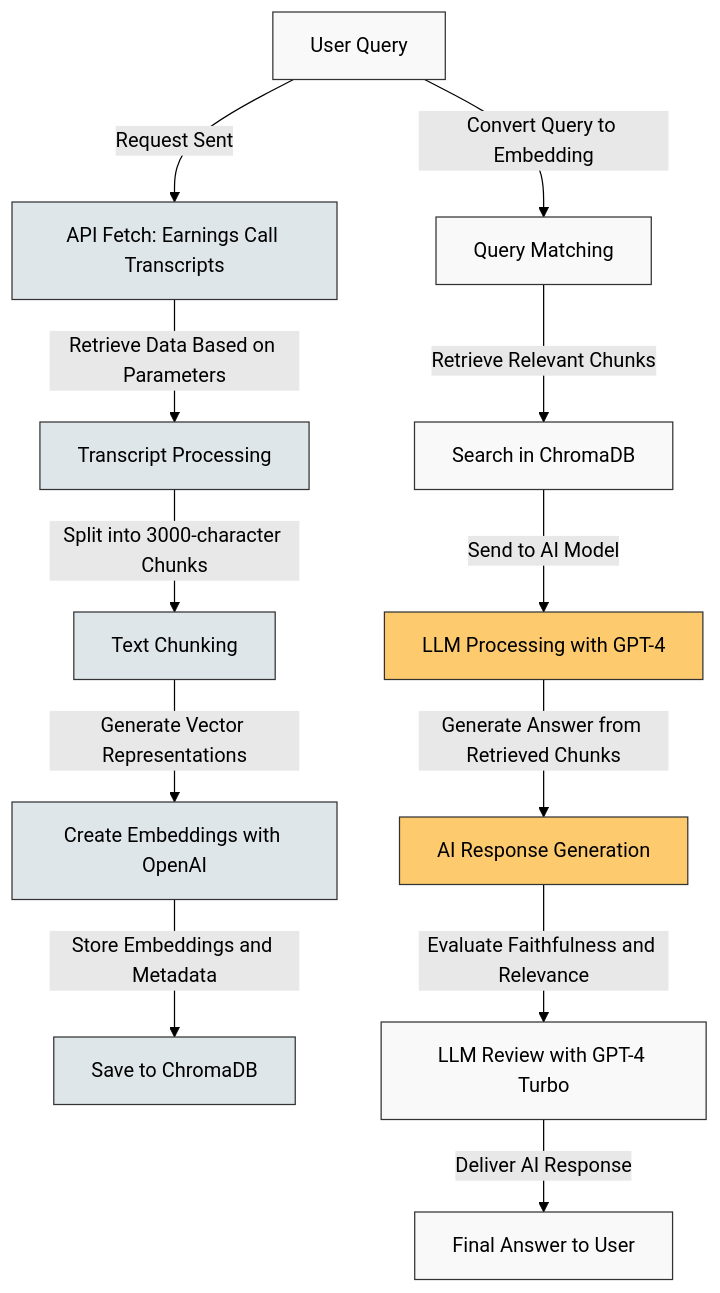
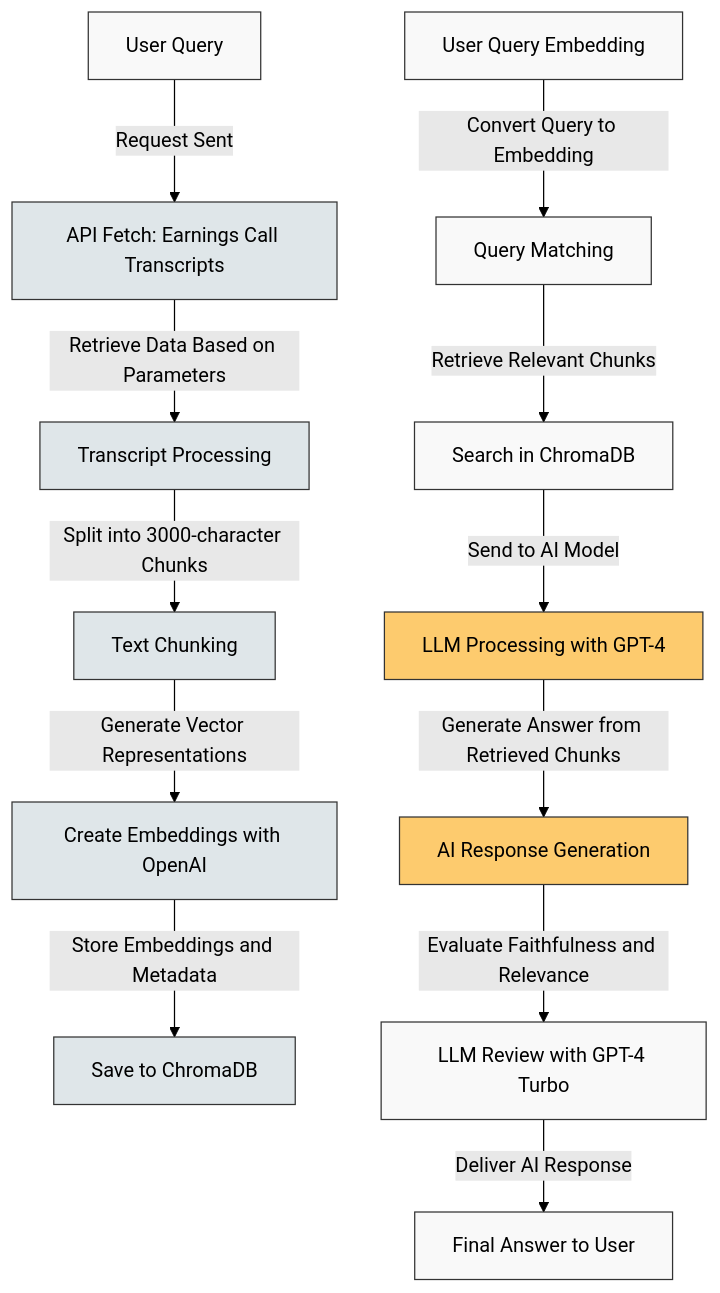
One commit to wrdhall3/group-project-3 changed the diagram in README.md. Above: the diagram before and after it, drawn with Mermaid (forest theme). The commit also changed other lines of this file, not shown here.

Commit message:
Update README.md test table and diagram

````diff
--- a/README.md
+++ b/README.md
@@ -176,27 +176,26 @@
 ```mermaid
 graph TD;
     A[User Query] -->|Request Sent| B[API Fetch: Earnings Call Transcripts];
     B -->|Retrieve Data Based on Parameters| C[Transcript Processing];
-
     C -->|Split into 3000-character Chunks| D[Text Chunking];
     D -->|Generate Vector Representations| E[Create Embeddings with OpenAI];
     E -->|Store Embeddings and Metadata| F[Save to ChromaDB];
 
-    A -->|Convert Query to Embedding| G[Query Matching];
+    A2[User Query Embedding] -->|Convert Query to Embedding| G[Query Matching];
     G -->|Retrieve Relevant Chunks| H[Search in ChromaDB];
 
     H -->|Send to AI Model| I[LLM Processing with GPT-4];
     I -->|Generate Answer from Retrieved Chunks| J[AI Response Generation];
 
     J -->|Evaluate Faithfulness and Relevance| K[LLM Review with GPT-4 Turbo];
     K -->|Deliver AI Response| L[Final Answer to User];
 
-
     %% Styling Enhancements
     classDef process fill:#f9f9f9,stroke:#333,stroke-width:1px;
     classDef database fill:#dfe6e9,stroke:#333,stroke-width:1px;
     classDef ai fill:#fdcb6e,stroke:#333,stroke-width:1px;
-    class A,G,H,K,L process;
+    
+    class A,A2,G,H,K,L process;
     class B,C,D,E,F database;
     class I,J ai;
 ```
````
